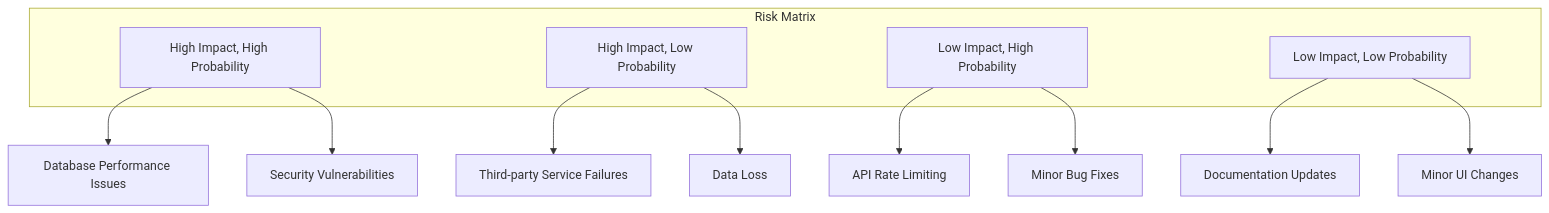
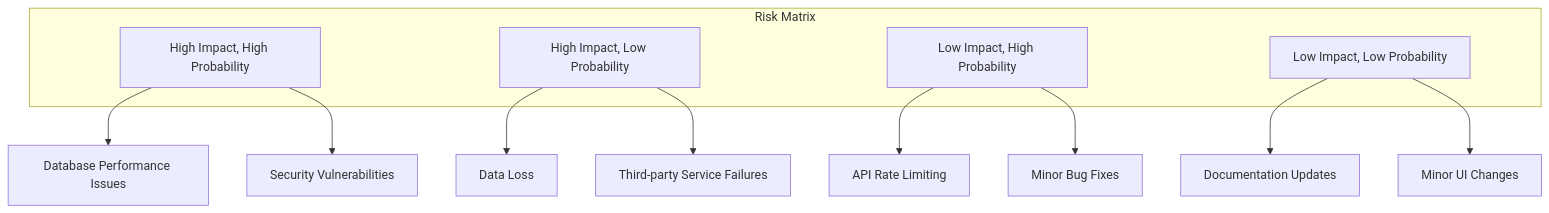
Before and after one commit to Dragon745/Content-Management-System: the fourth of 5 diagrams in ROADMAP.md, drawn with Mermaid. The commit also changed other lines of this file and 1 other file, not shown here.

````diff
--- a/ROADMAP.md
+++ b/ROADMAP.md
@@ -734,21 +569,21 @@
 ```mermaid
 graph TB
     subgraph "Risk Matrix"
         A[High Impact, High Probability]
         B[High Impact, Low Probability]
         C[Low Impact, High Probability]
         D[Low Impact, Low Probability]
     end
 
     A --> A1[Database Performance Issues]
     A --> A2[Security Vulnerabilities]
 
-    B --> B1[Third-party Service Failures]
-    B --> B2[Data Loss]
+    B --> B1[Data Loss]
+    B --> B2[Third-party Service Failures]
 
     C --> C1[API Rate Limiting]
     C --> C2[Minor Bug Fixes]
 
     D --> D1[Documentation Updates]
     D --> D2[Minor UI Changes]
 ```
````
